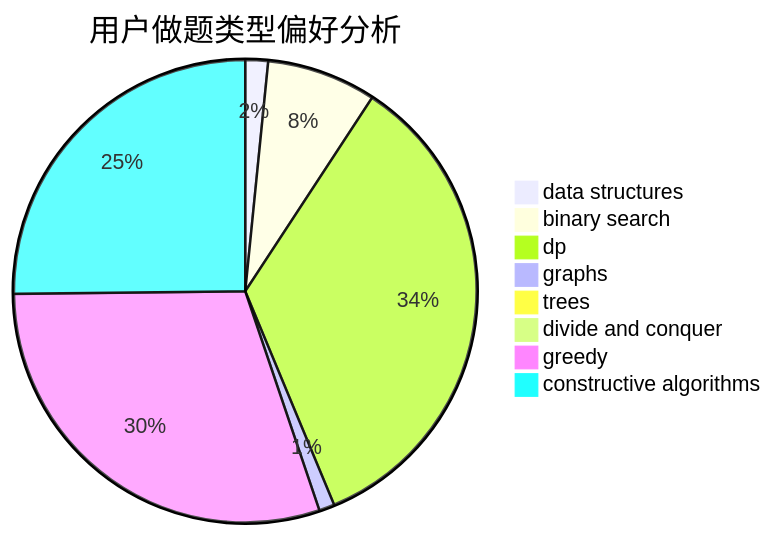
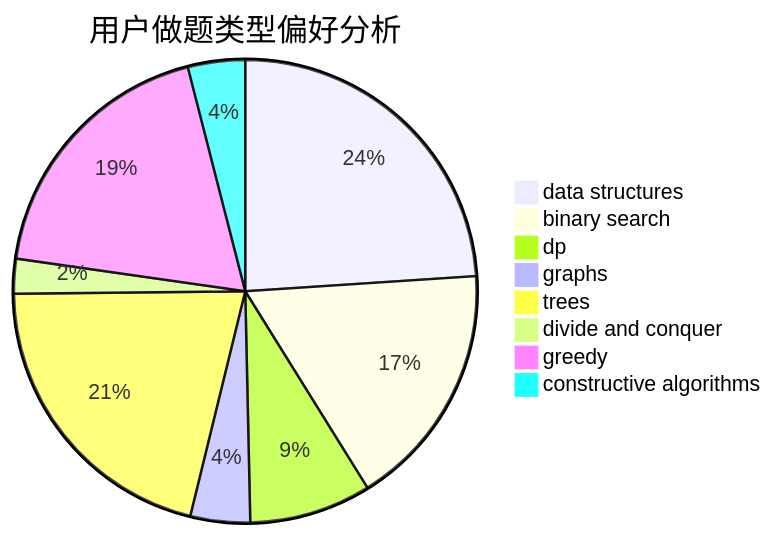
One commit to sherpahu/cfrs.github.io changed the second of 3 diagrams in docs/user/u1066.md. Above: the diagram before and after it, drawn with Mermaid. The commit also changed other lines of this file and 2770 other files, not shown here.

````diff
--- a/docs/user/u1066.md
+++ b/docs/user/u1066.md
@@ -23,11 +23,11 @@
 ```mermaid
 pie title 用户做题类型偏好分析
-    "data structures" :  22
-    "binary search" :  106
-    "dp" :  478
-    "graphs" :  15
-    "trees" :  5
-    "divide and conquer" :  8
-    "greedy" :  416
-    "constructive algorithms" :  349
+    "data structures" :  138
+    "binary search" :  99
+    "dp" :  49
+    "graphs" :  24
+    "trees" :  121
+    "divide and conquer" :  14
+    "greedy" :  108
+    "constructive algorithms" :  23
 ```
````
